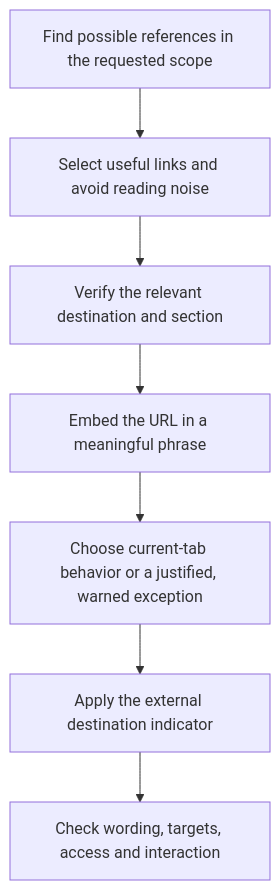
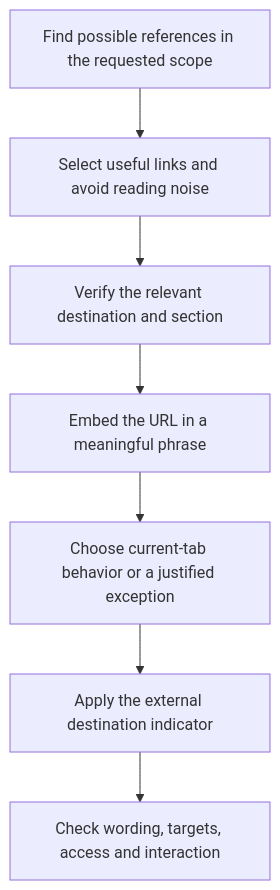
Before and after one commit to myowinthein/agent-helm: the diagram in docs/rules/writing/detailed.md, drawn with Mermaid. The commit also changed other lines of this file and 5 other files, not shown here.

````diff
--- a/docs/rules/writing/detailed.md
+++ b/docs/rules/writing/detailed.md
@@ -38,9 +38,9 @@
 ```mermaid
 flowchart TD
   Find["Find possible references in the requested scope"] --> Select["Select useful links and avoid reading noise"]
   Select --> Match["Verify the relevant destination and section"]
   Match --> Phrase["Embed the URL in a meaningful phrase"]
-  Phrase --> Open["Choose current-tab behavior or a justified, warned exception"]
+  Phrase --> Open["Choose current-tab behavior or a justified exception"]
   Open --> Icon["Apply the external destination indicator"]
   Icon --> Verify["Check wording, targets, access and interaction"]
 ```
````
